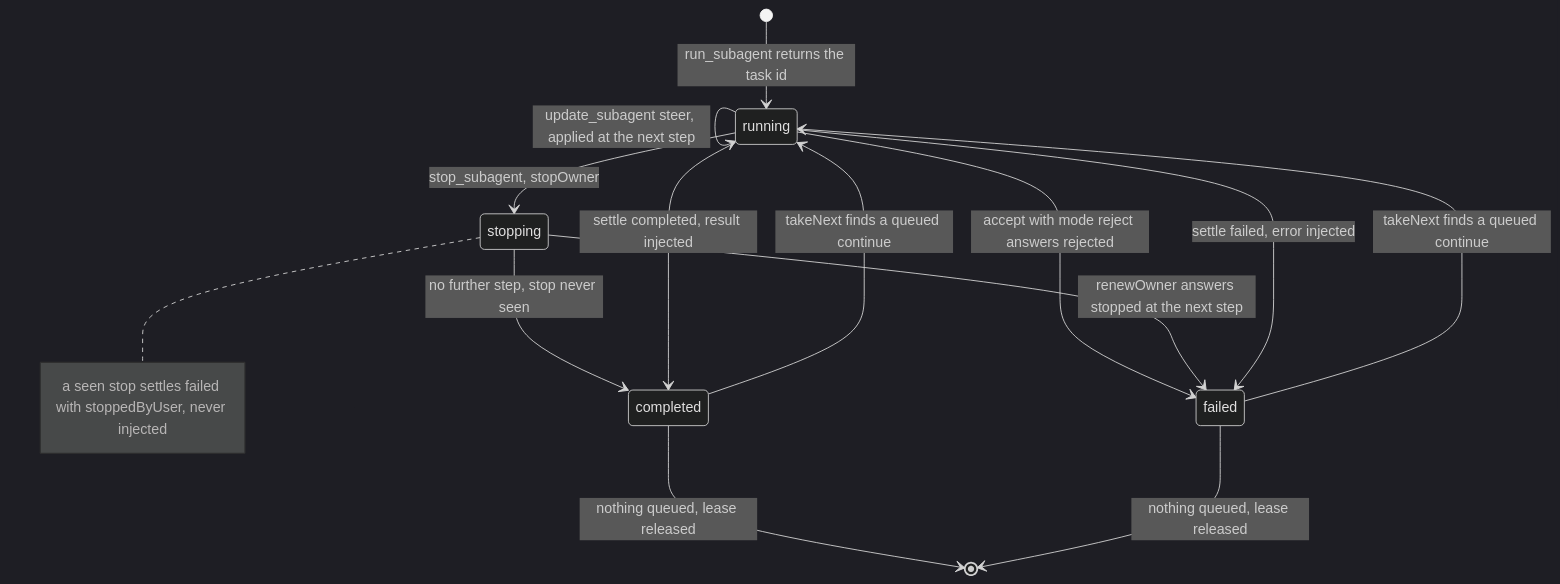
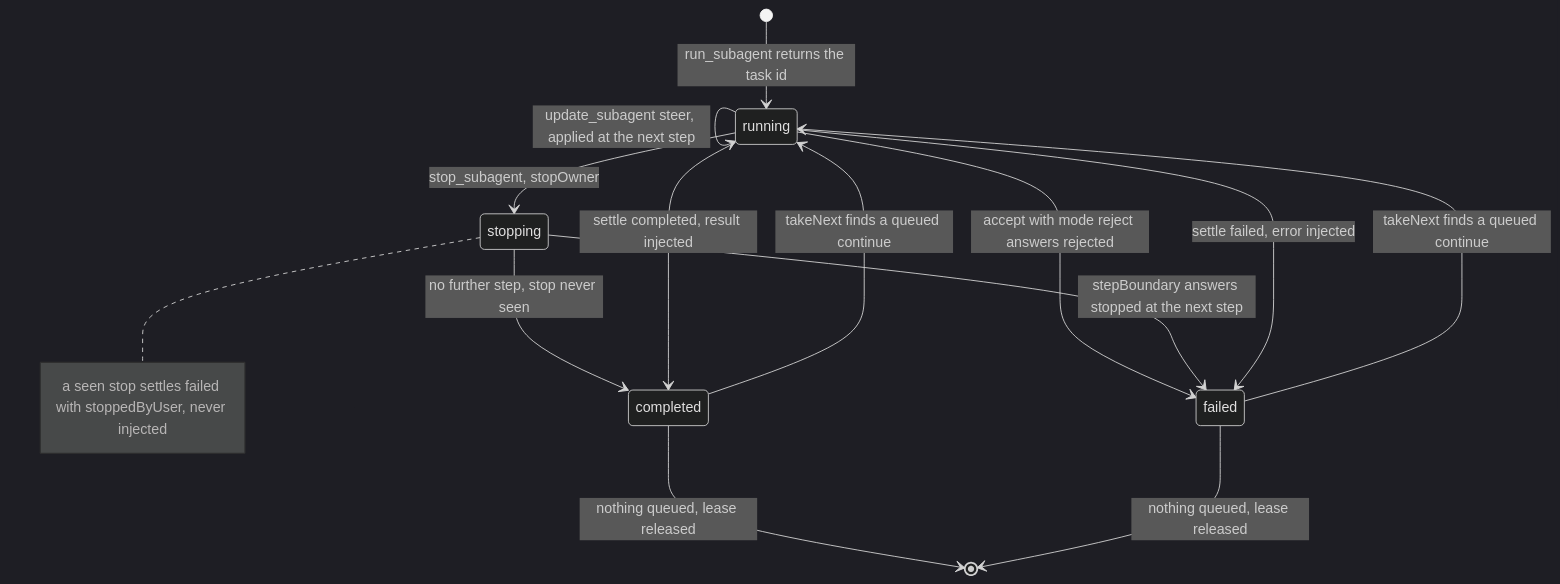
One commit to beeblastco/broods changed the second of 4 diagrams in apps/docs/docs/internals/subagents.md. Above: the diagram before and after it, drawn with Mermaid (dark theme). The commit also changed other lines of this file and 8 other files, not shown here.

````diff
--- a/apps/docs/docs/internals/subagents.md
+++ b/apps/docs/docs/internals/subagents.md
@@ -69,16 +69,16 @@
 ```mermaid
 stateDiagram-v2
   [*] --> running: run_subagent returns the task id
   running --> failed: accept with mode reject answers rejected
   running --> running: update_subagent steer, applied at the next step
   running --> stopping: stop_subagent, stopOwner
-  stopping --> failed: renewOwner answers stopped at the next step
+  stopping --> failed: stepBoundary answers stopped at the next step
   stopping --> completed: no further step, stop never seen
   running --> completed: settle completed, result injected
   running --> failed: settle failed, error injected
   completed --> running: takeNext finds a queued continue
   failed --> running: takeNext finds a queued continue
   completed --> [*]: nothing queued, lease released
   failed --> [*]: nothing queued, lease released
   note right of stopping: a seen stop settles failed with stoppedByUser, never injected
 ```
````
